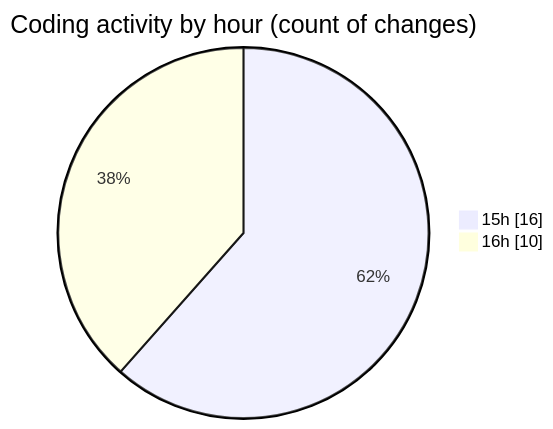
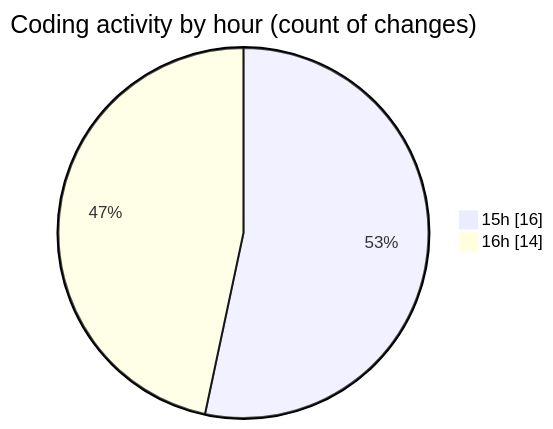
The second of 2 diagrams in 2025-10-01/oura-api/README.md (mevix1/code-tracking), drawn with Mermaid before and after one commit. The commit also changed other lines of this file and 1 other file, not shown here.

````diff
--- a/2025-10-01/oura-api/README.md
+++ b/2025-10-01/oura-api/README.md
@@ -43,6 +48,6 @@
 ```mermaid
 pie showData
 title Coding activity by hour (count of changes)
 "15h" : 16
-"16h" : 10
+"16h" : 14
 ```
````
